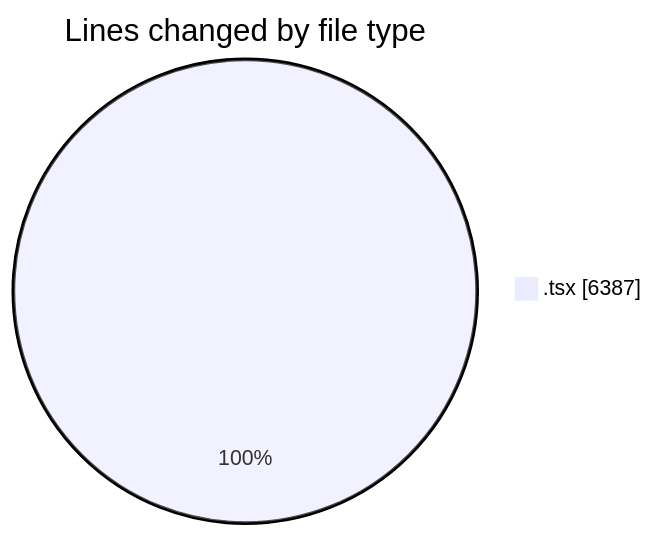
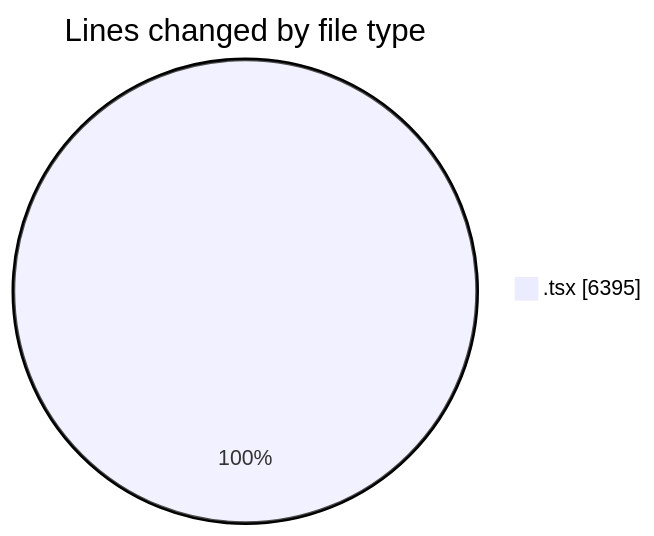
The first of 2 diagrams in 2026-04-01/nxtqube_webapp/README.md (nxtqubesakshisongat/code-tracking), drawn with Mermaid before and after one commit. The commit also changed other lines of this file and 1 other file, not shown here.

````diff
--- a/2026-04-01/nxtqube_webapp/README.md
+++ b/2026-04-01/nxtqube_webapp/README.md
@@ -24,5 +24,5 @@
 ```mermaid
 pie showData
 title Lines changed by file type
-".tsx" : 6387
+".tsx" : 6395
 ```
````
